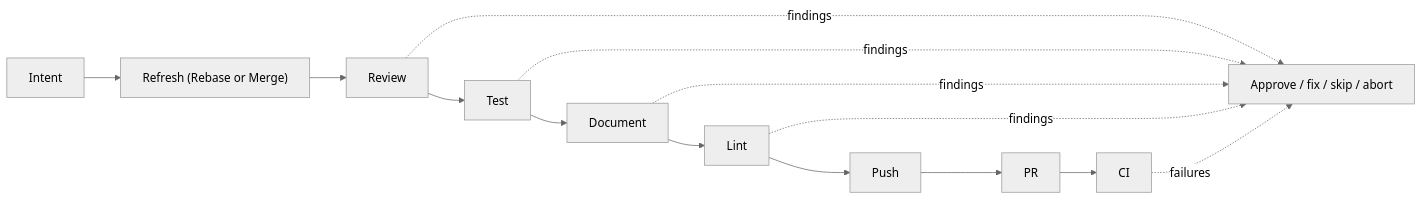
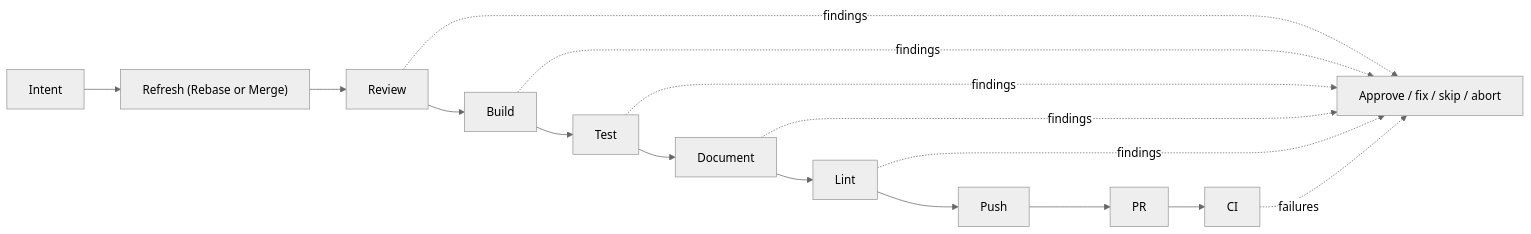
The diagram in docs/src/content/docs/concepts/pipeline.md (alvarohulse/no-mistakes), drawn with Mermaid (neutral theme) before and after one commit. The commit also changed other lines of this file and 31 other files, not shown here.

Commit message:
docs(pipeline): document build verification stage

````diff
--- a/docs/src/content/docs/concepts/pipeline.md
+++ b/docs/src/content/docs/concepts/pipeline.md
@@ -12,20 +12,22 @@
 ```mermaid
 flowchart LR
   intent["Intent"]
   refresh["Refresh (Rebase or Merge)"]
   review["Review"]
+  build["Build"]
   test["Test"]
   document["Document"]
   lint["Lint"]
   push["Push"]
   pr["PR"]
   ci["CI"]
   action["Approve / fix / skip / abort"]
 
-  intent --> refresh --> review --> test --> document --> lint --> push --> pr --> ci
+  intent --> refresh --> review --> build --> test --> document --> lint --> push --> pr --> ci
   review -. findings .-> action
+  build -. findings .-> action
   test -. findings .-> action
   document -. findings .-> action
   lint -. findings .-> action
   ci -. failures .-> action
 ```
````
